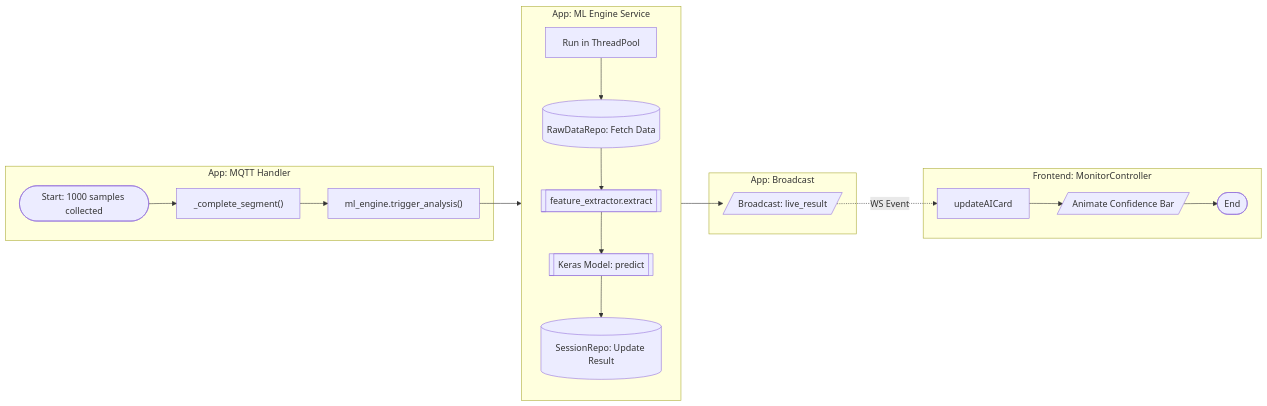
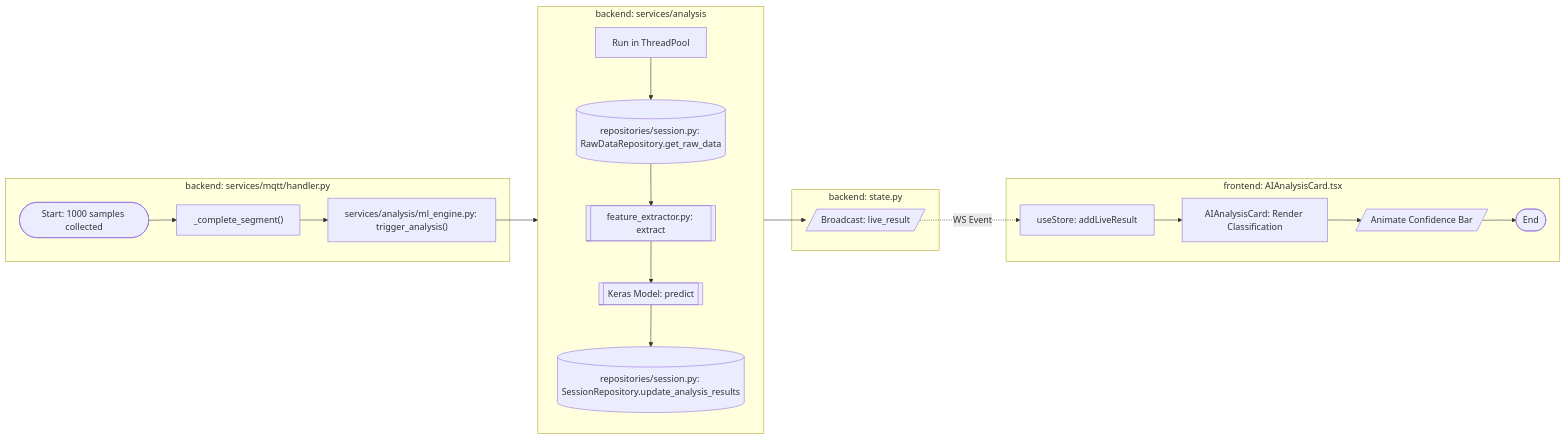
One commit to affanrk/ecg-puskesmas changed the fifth of 11 diagrams in SYSTEM_FLOWS.md. Above: the diagram before and after it, drawn with Mermaid. The commit also changed other lines of this file and 176 other files, not shown here.

Commit message:
BE_FE: Separate Frontend & Backend, Framework FE -> Next.JS (UI), Backend-> FastAPI (Service for API & Websocket)

````diff
--- a/SYSTEM_FLOWS.md
+++ b/SYSTEM_FLOWS.md
@@ -191,30 +191,31 @@
 ```mermaid
 flowchart LR
     %% SWIMLANE: TRIGGER
-    subgraph Handler [App: MQTT Handler]
+    subgraph Handler [backend: services/mqtt/handler.py]
         SampleCount([Start: 1000 samples collected]) --> SegComp["_complete_segment()"]
-        SegComp --> TrigML["ml_engine.trigger_analysis()"]
+        SegComp --> TrigML["services/analysis/ml_engine.py: trigger_analysis()"]
     end
 
     %% SWIMLANE: ML WORKER
-    subgraph Worker_Thread [App: ML Engine Service]
+    subgraph Worker_Thread [backend: services/analysis]
         direction TB
         TrigML --> ThreadPool[Run in ThreadPool]
-        ThreadPool --> FetchDB[(RawDataRepo: Fetch Data)]
-        FetchDB --> FeatExt[[feature_extractor.extract]]
+        ThreadPool --> FetchDB[(repositories/session.py: RawDataRepository.get_raw_data)]
+        FetchDB --> FeatExt[[feature_extractor.py: extract]]
         FeatExt --> ModelPred[[Keras Model: predict]]
-        ModelPred --> SaveRes[(SessionRepo: Update Result)]
+        ModelPred --> SaveRes[(repositories/session.py: SessionRepository.update_analysis_results)]
     end
 
     %% SWIMLANE: FEEDBACK
-    subgraph Feedback [App: Broadcast]
+    subgraph Feedback [backend: state.py]
         SaveRes --> SendRes[/Broadcast: live_result/]
     end
 
     %% SWIMLANE: UI
-    subgraph UI [Frontend: MonitorController]
-        SendRes -.->|WS Event| UpdateCard[updateAICard]
-        UpdateCard --> ShowBar[/Animate Confidence Bar/]
+    subgraph UI [frontend: AIAnalysisCard.tsx]
+        SendRes -.->|WS Event| UpdateStore[useStore: addLiveResult]
+        UpdateStore --> ShowUI[AIAnalysisCard: Render Classification]
+        ShowUI --> ShowBar[/Animate Confidence Bar/]
         ShowBar --> EndML([End])
     end
 ```
````
